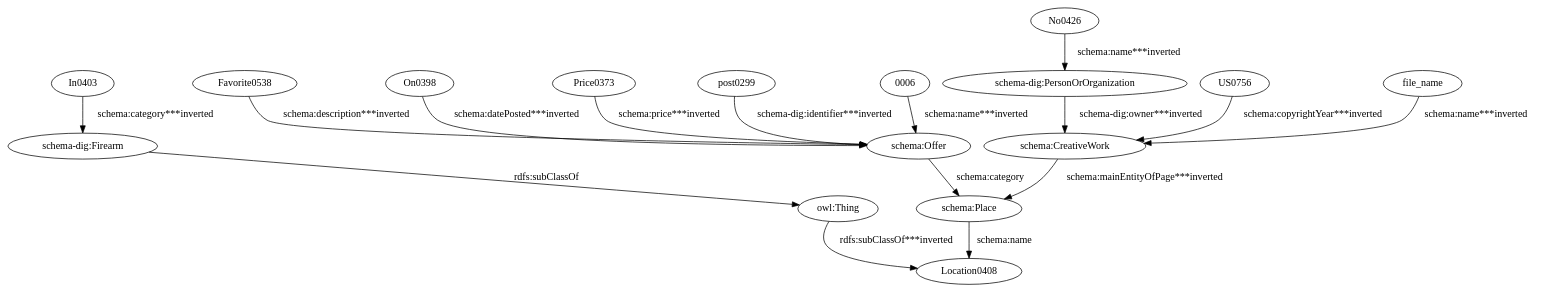
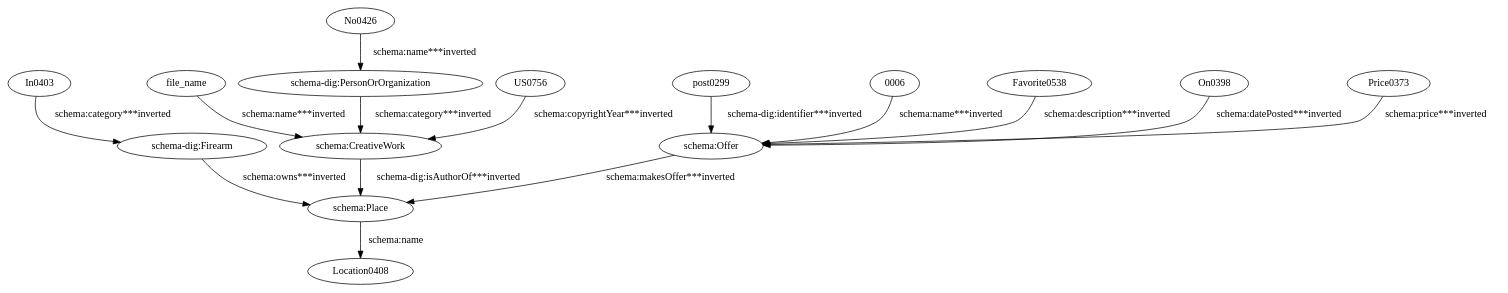
Before and after one commit to giuseppefutia/semi: the diagram in data/taheriyan2016/task_04/semantic_models/steiner/dot/armslist.dot, drawn with Graphviz. The commit also changed 119 other files, not shown here.

```diff
--- a/data/taheriyan2016/task_04/semantic_models/steiner/dot/armslist.dot
+++ b/data/taheriyan2016/task_04/semantic_models/steiner/dot/armslist.dot
@@ -1,33 +1,31 @@
 digraph {
   "0006" [type=attribute_name,label="0006"]
   "schema:Offer1" [type=class_uri,label="schema:Offer"]
   Favorite0538 [type=attribute_name,label=Favorite0538]
   In0403 [type=attribute_name,label=In0403]
   "schema-dig:Firearm1" [type=class_uri,label="schema-dig:Firearm"]
   No0426 [type=attribute_name,label=No0426]
   "schema-dig:PersonOrOrganization1" [type=class_uri,label="schema-dig:PersonOrOrganization"]
   On0398 [type=attribute_name,label=On0398]
   Price0373 [type=attribute_name,label=Price0373]
   US0756 [type=attribute_name,label=US0756]
   "schema:CreativeWork1" [type=class_uri,label="schema:CreativeWork"]
   file_name [type=attribute_name,label=file_name]
-  "owl:Thing" [type=special,label="owl:Thing"]
-  Location0408 [type=attribute_name,label=Location0408]
   post0299 [type=attribute_name,label=post0299]
   "schema:Place1" [type=class_uri,label="schema:Place"]
+  Location0408 [type=attribute_name,label=Location0408]
   "0006" -> "schema:Offer1" [type=st_property_uri,label="schema:name***inverted",weight=1]
   Favorite0538 -> "schema:Offer1" [type=st_property_uri,label="schema:description***inverted",weight=1]
   In0403 -> "schema-dig:Firearm1" [type=st_property_uri,label="schema:category***inverted",weight=1]
   No0426 -> "schema-dig:PersonOrOrganization1" [type=st_property_uri,label="schema:name***inverted",weight=1]
   On0398 -> "schema:Offer1" [type=st_property_uri,label="schema:datePosted***inverted",weight=1]
   Price0373 -> "schema:Offer1" [type=st_property_uri,label="schema:price***inverted",weight=1]
   US0756 -> "schema:CreativeWork1" [type=st_property_uri,label="schema:copyrightYear***inverted",weight=1]
   file_name -> "schema:CreativeWork1" [type=st_property_uri,label="schema:name***inverted",weight=1]
-  "owl:Thing" -> Location0408 [type=inherited,label="rdfs:subClassOf***inverted",weight=0.3333333333333333]
   post0299 -> "schema:Offer1" [type=st_property_uri,label="schema-dig:identifier***inverted",weight=1]
-  "schema-dig:Firearm1" -> "owl:Thing" [label="rdfs:subClassOf",type=inherited,weight=0.3333333333333333]
-  "schema-dig:PersonOrOrganization1" -> "schema:CreativeWork1" [type=inherited,label="schema-dig:owner***inverted",weight=4]
-  "schema:CreativeWork1" -> "schema:Place1" [type=inherited,label="schema:mainEntityOfPage***inverted",weight=4]
-  "schema:Offer1" -> "schema:Place1" [label="schema:category",type=inherited,weight=4]
+  "schema-dig:Firearm1" -> "schema:Place1" [type=inherited,label="schema:owns***inverted",weight=4]
+  "schema-dig:PersonOrOrganization1" -> "schema:CreativeWork1" [type=inherited,label="schema:category***inverted",weight=4]
+  "schema:CreativeWork1" -> "schema:Place1" [type=inherited,label="schema-dig:isAuthorOf***inverted",weight=4]
+  "schema:Offer1" -> "schema:Place1" [type=inherited,label="schema:makesOffer***inverted",weight=4]
   "schema:Place1" -> Location0408 [label="schema:name",type=st_property_uri]
 }
```
